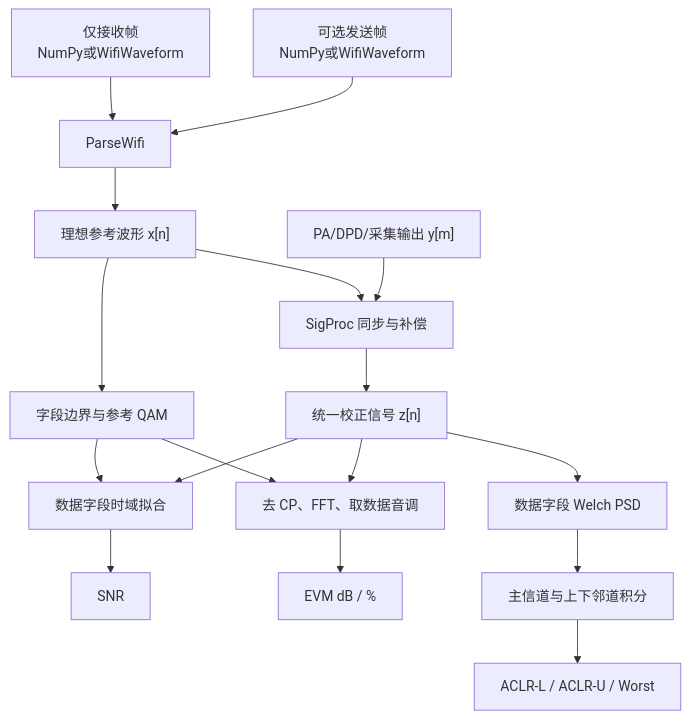
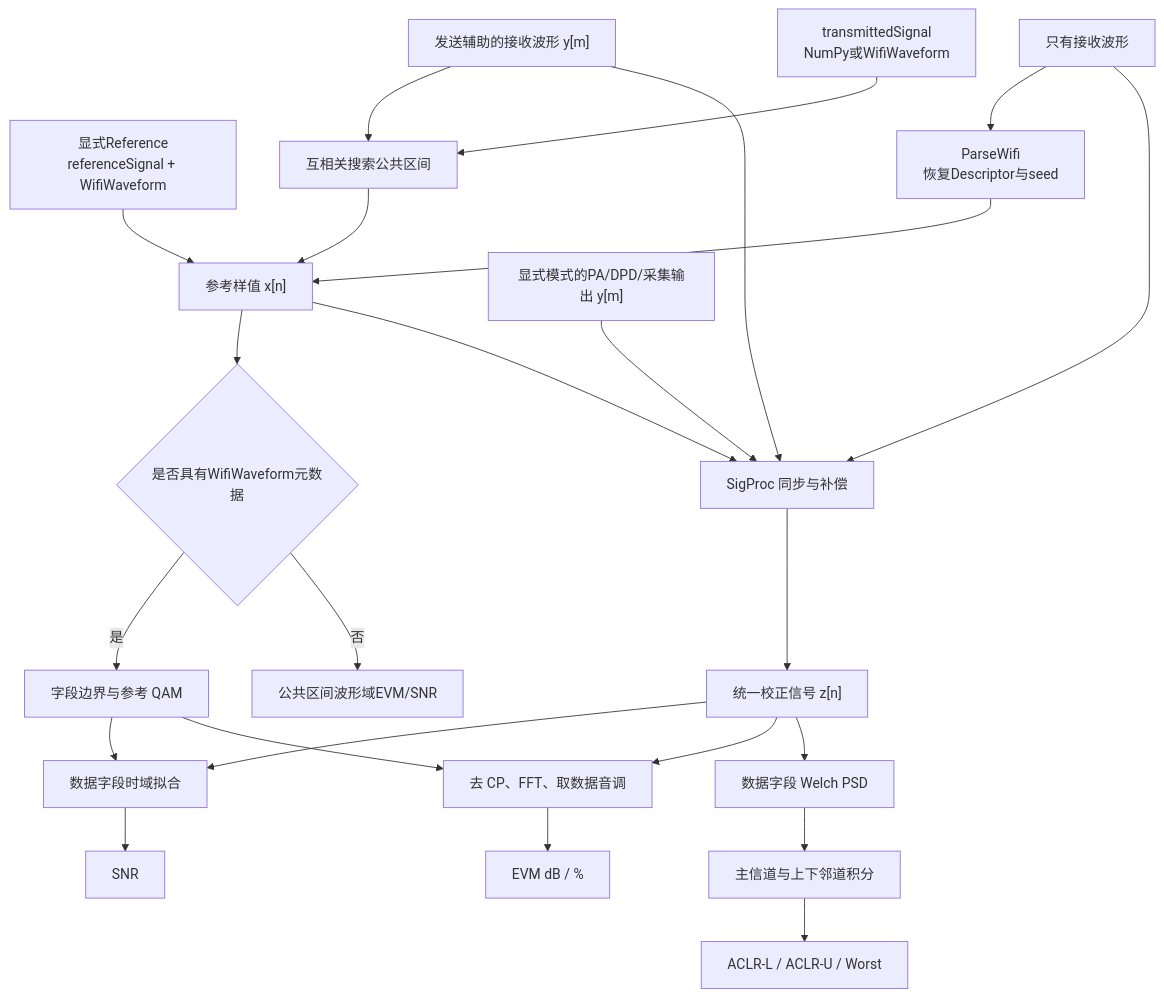
One commit to niyilu45/DPD_ILC changed the first of 9 diagrams in doc/Analysis.md. Above: the diagram before and after it, drawn with Mermaid. The commit also changed other lines of this file and 9 other files, not shown here.

````diff
--- a/doc/Analysis.md
+++ b/doc/Analysis.md
@@ -16,19 +16,26 @@
 ```mermaid
 flowchart TB
-    receiveOnly["仅接收帧<br/>NumPy或WifiWaveform"] --> parser["ParseWifi"]
-    optionalTransmit["可选发送帧<br/>NumPy或WifiWaveform"] --> parser
+    explicit["显式Reference<br/>referenceSignal + WifiWaveform"] --> A["参考样值 x[n]"]
+    assistedReceive["发送辅助的接收波形 y[m]"] --> overlap["互相关搜索公共区间"]
+    assistedTransmit["transmittedSignal<br/>NumPy或WifiWaveform"] --> overlap
+    overlap --> A
+    blind["只有接收波形"] --> parser["ParseWifi<br/>恢复Descriptor与seed"]
     parser --> A
-    A["理想参考波形 x[n]"] --> B["字段边界与参考 QAM"]
-    C["PA/DPD/采集输出 y[m]"] --> D["SigProc 同步与补偿"]
+    A --> metadata{"是否具有WifiWaveform元数据"}
+    metadata -->|是| B["字段边界与参考 QAM"]
+    metadata -->|否| waveformMetric["公共区间波形域EVM/SNR"]
+    assistedReceive --> D["SigProc 同步与补偿"]
+    blind --> D
+    C["显式模式的PA/DPD/采集输出 y[m]"] --> D
     A --> D
     D --> corrected["统一校正信号 z[n]"]
     B --> E["数据字段时域拟合"]
     corrected --> E
     E --> F["SNR"]
     B --> G["去 CP、FFT、取数据音调"]
     corrected --> G
     G --> I["EVM dB / %"]
     corrected --> J["数据字段 Welch PSD"]
     J --> K["主信道与上下邻道积分"]
     K --> L["ACLR-L / ACLR-U / Worst"]
 ```
````
